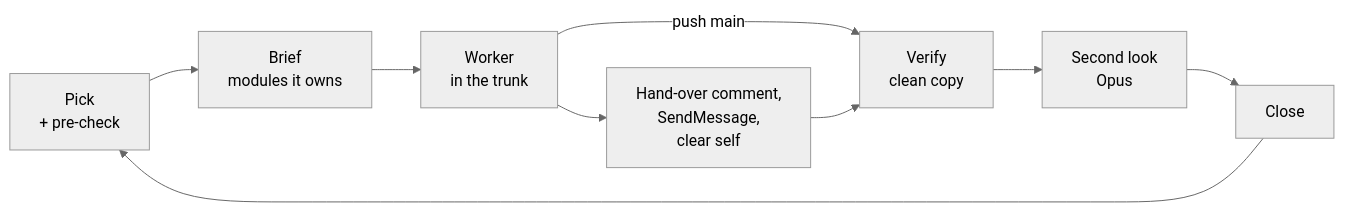
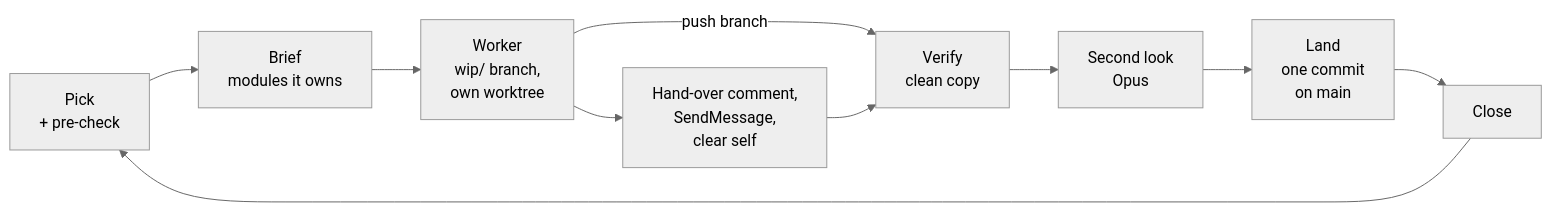
Before and after one commit to abossard/bossylights: the second of 3 diagrams in docs/agents/orchestration.md, drawn with Mermaid (neutral theme). The commit also changed other lines of this file and 11 other files, not shown here.

First line of the commit message:
One check command and land (#256, #147): npm test is the one check, npm run land squashes a reviewed WIP branch onto main

````diff
--- a/docs/agents/orchestration.md
+++ b/docs/agents/orchestration.md
@@ -31,6 +31,6 @@
 ```mermaid
 flowchart LR
-  P["Pick<br/>+ pre-check"] --> B["Brief<br/>modules it owns"] --> W["Worker<br/>in the trunk"] --> H["Hand-over comment,<br/>SendMessage,<br/>clear self"]
-  W -- "push main" --> V["Verify<br/>clean copy"] --> D["Second look<br/>Opus"] --> C["Close"] --> P
+  P["Pick<br/>+ pre-check"] --> B["Brief<br/>modules it owns"] --> W["Worker<br/>wip/ branch,<br/>own worktree"] --> H["Hand-over comment,<br/>SendMessage,<br/>clear self"]
+  W -- "push branch" --> V["Verify<br/>clean copy"] --> D["Second look<br/>Opus"] --> L["Land<br/>one commit<br/>on main"] --> C["Close"] --> P
   H --> V
 ```
````
